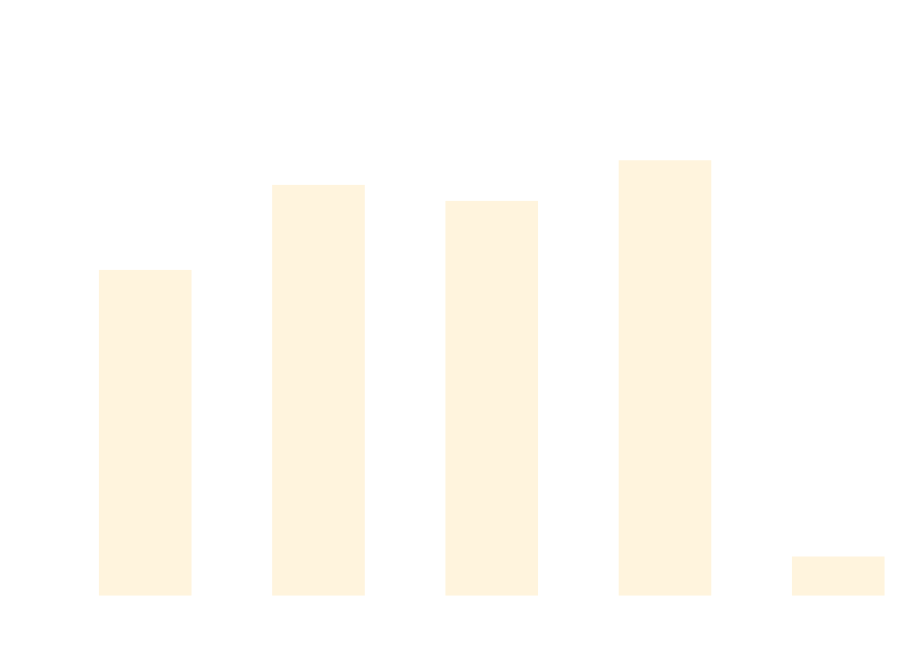
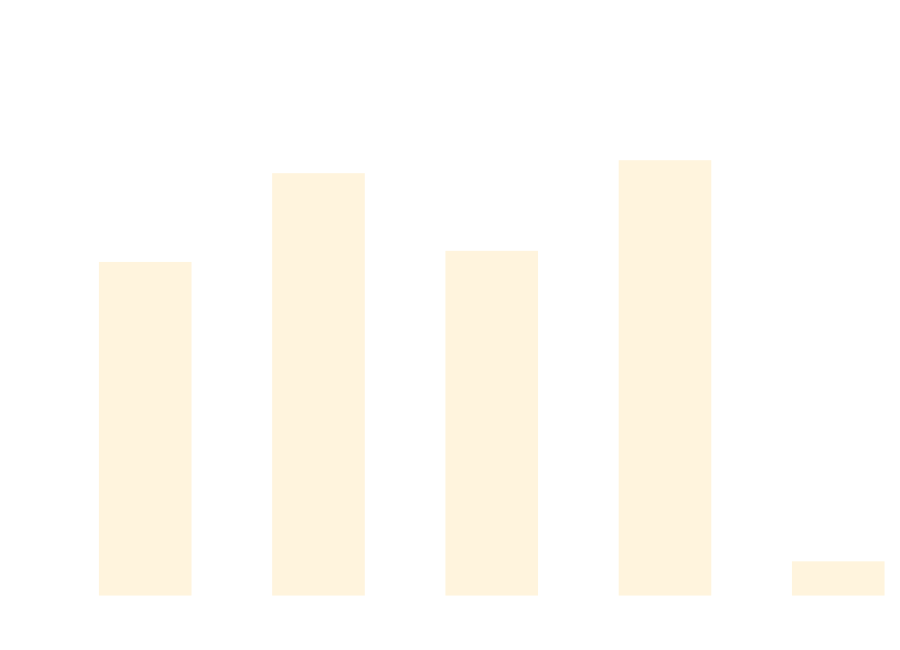
The diagram in docs/docs/benchmarks/ScaleTests.md (thomhurst/TUnit), drawn with Mermaid before and after one commit. The commit also changed other lines of this file and 17 other files, not shown here.

````diff
--- a/docs/docs/benchmarks/ScaleTests.md
+++ b/docs/docs/benchmarks/ScaleTests.md
@@ -27,37 +27,37 @@
 ```mermaid
 %%{init: {
   'theme':'base',
   'themeVariables': {
     'primaryColor': '#2563eb',
     'primaryTextColor': '#ffffff',
     'primaryBorderColor': '#1e40af',
     'lineColor': '#6b7280',
     'secondaryColor': '#7c3aed',
     'tertiaryColor': '#dc2626',
     'background': '#ffffff',
     'mainBkg': '#2563eb',
     'secondBkg': '#7c3aed',
     'tertiaryBkg': '#dc2626',
     'clusterBkg': '#f3f4f6',
     'edgeLabelBackground': '#ffffff',
     'tertiaryTextColor': '#1f2937',
     'pie1': '#2563eb',
     'pie2': '#7c3aed',
     'pie3': '#dc2626',
     'pie4': '#f59e0b',
     'pie5': '#10b981',
     'pie6': '#06b6d4',
     'pie7': '#ec4899',
     'pie8': '#6366f1',
     'pie9': '#84cc16',
     'pie10': '#f97316',
     'pie11': '#14b8a6',
     'pie12': '#a855f7'
   }
 }}%%
 xychart-beta
   title "ScaleTests Performance Comparison"
   x-axis ["TUnit", "NUnit", "MSTest", "xUnit3", "TUnit_AOT"]
-  y-axis "Time (ms)" 0 --> 697
-  bar [430.62, 546.54, 524.71, 580.04, 39.88]
+  y-axis "Time (ms)" 0 --> 726
+  bar [459.85, 585.87, 475.62, 604.27, 34.66]
 ```
````
